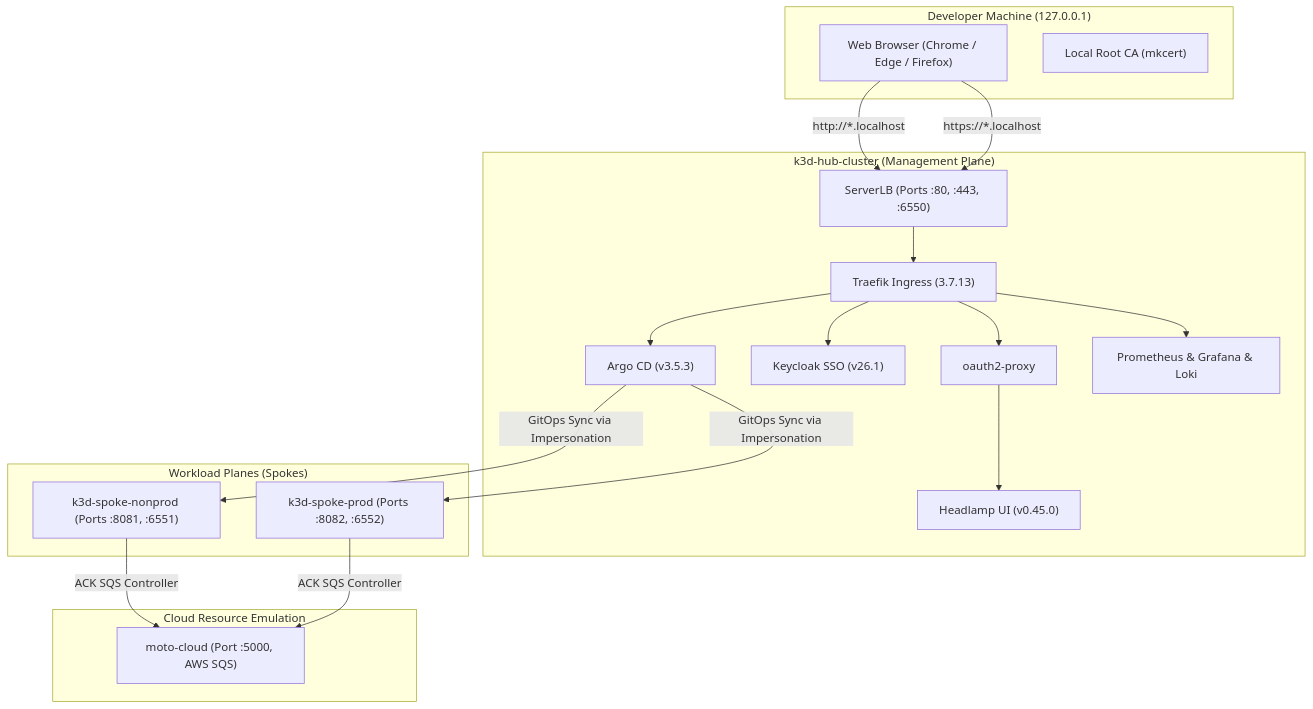
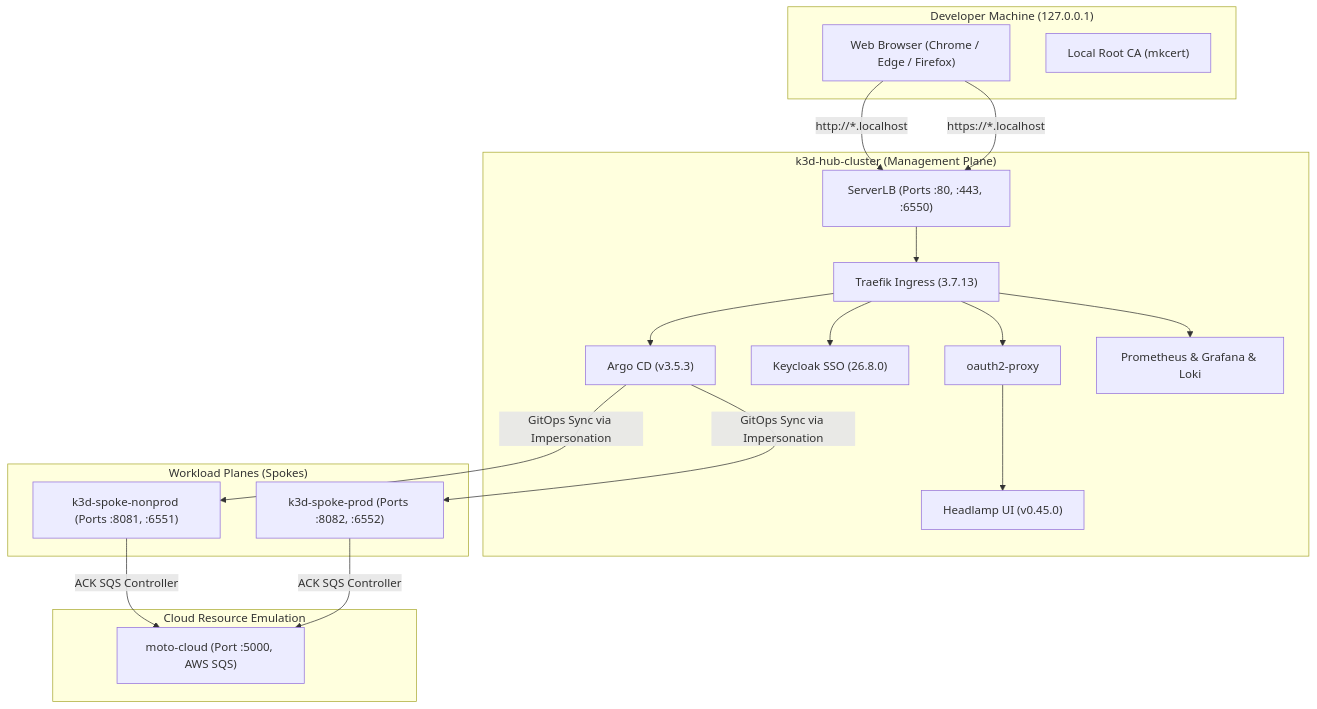
Before and after one commit to brunobml/gitops-control-plane: the first of 2 diagrams in docs/runbooks/devops-student-rebuild-guide.md, drawn with Mermaid. The commit also changed other lines of this file and 24 other files, not shown here.

````diff
--- a/docs/runbooks/devops-student-rebuild-guide.md
+++ b/docs/runbooks/devops-student-rebuild-guide.md
@@ -13,40 +15,40 @@
 ```mermaid
 flowchart TD
     subgraph Host ["Developer Machine (127.0.0.1)"]
         Browser["Web Browser (Chrome / Edge / Firefox)"]
         mkcert["Local Root CA (mkcert)"]
     end
 
     subgraph Hub ["k3d-hub-cluster (Management Plane)"]
         LB["ServerLB (Ports :80, :443, :6550)"]
         Traefik["Traefik Ingress (3.7.13)"]
         ArgoCD["Argo CD (v3.5.3)"]
-        Keycloak["Keycloak SSO (v26.1)"]
+        Keycloak["Keycloak SSO (26.8.0)"]
         OAuth2Proxy["oauth2-proxy"]
         Headlamp["Headlamp UI (v0.45.0)"]
         Monitoring["Prometheus & Grafana & Loki"]
     end
 
     subgraph Spokes ["Workload Planes (Spokes)"]
         SpokeNonProd["k3d-spoke-nonprod (Ports :8081, :6551)"]
         SpokeProd["k3d-spoke-prod (Ports :8082, :6552)"]
     end
 
     subgraph AWSMock ["Cloud Resource Emulation"]
         Moto["moto-cloud (Port :5000, AWS SQS)"]
     end
 
     Browser -->|http://*.localhost| LB
     Browser -->|https://*.localhost| LB
     LB --> Traefik
     Traefik --> ArgoCD
     Traefik --> Keycloak
     Traefik --> OAuth2Proxy --> Headlamp
     Traefik --> Monitoring
 
     ArgoCD -->|GitOps Sync via Impersonation| SpokeNonProd
     ArgoCD -->|GitOps Sync via Impersonation| SpokeProd
 
     SpokeNonProd -->|ACK SQS Controller| Moto
     SpokeProd -->|ACK SQS Controller| Moto
 ```
````
